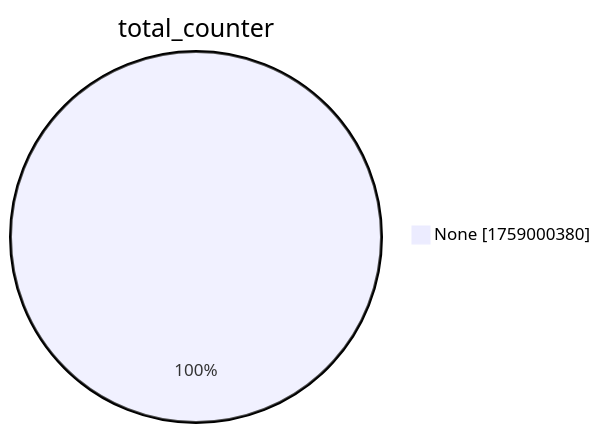
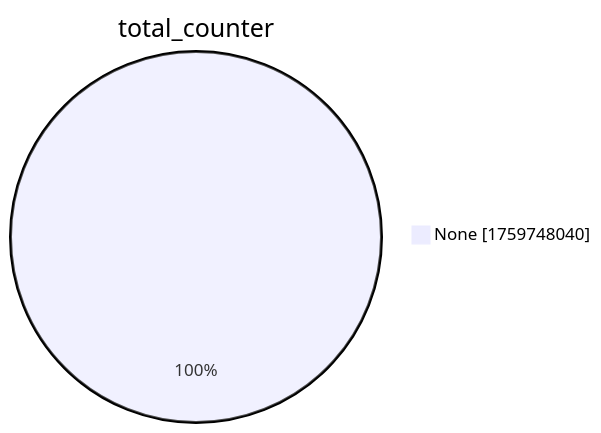
One commit to christiankrug/ctmonitor_visualization changed the second of 15 diagrams in xenon2022/README.md. Above: the diagram before and after it, drawn with Mermaid. The commit also changed other lines of this file, not shown here.

````diff
--- a/xenon2022/README.md
+++ b/xenon2022/README.md
@@ -9,5 +9,5 @@
 ```mermaid
 pie showData
 title total_counter
-"None" :1759000380
+"None" :1759748040
 ```
````
